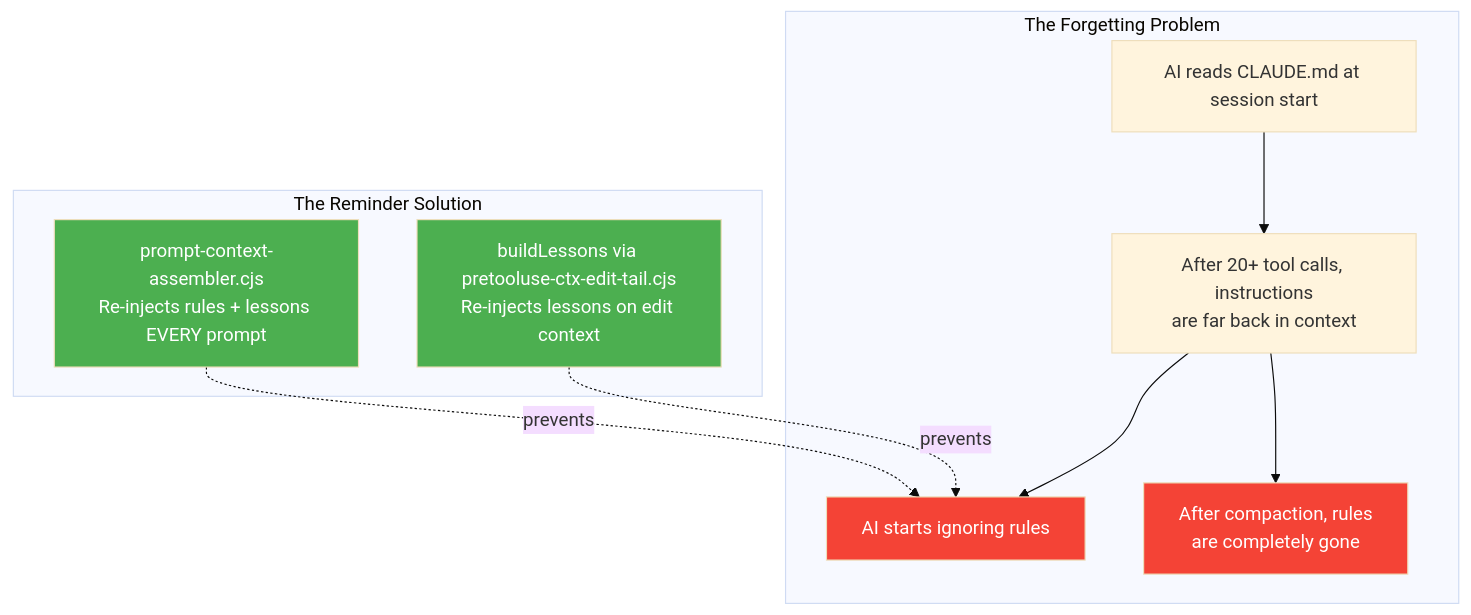
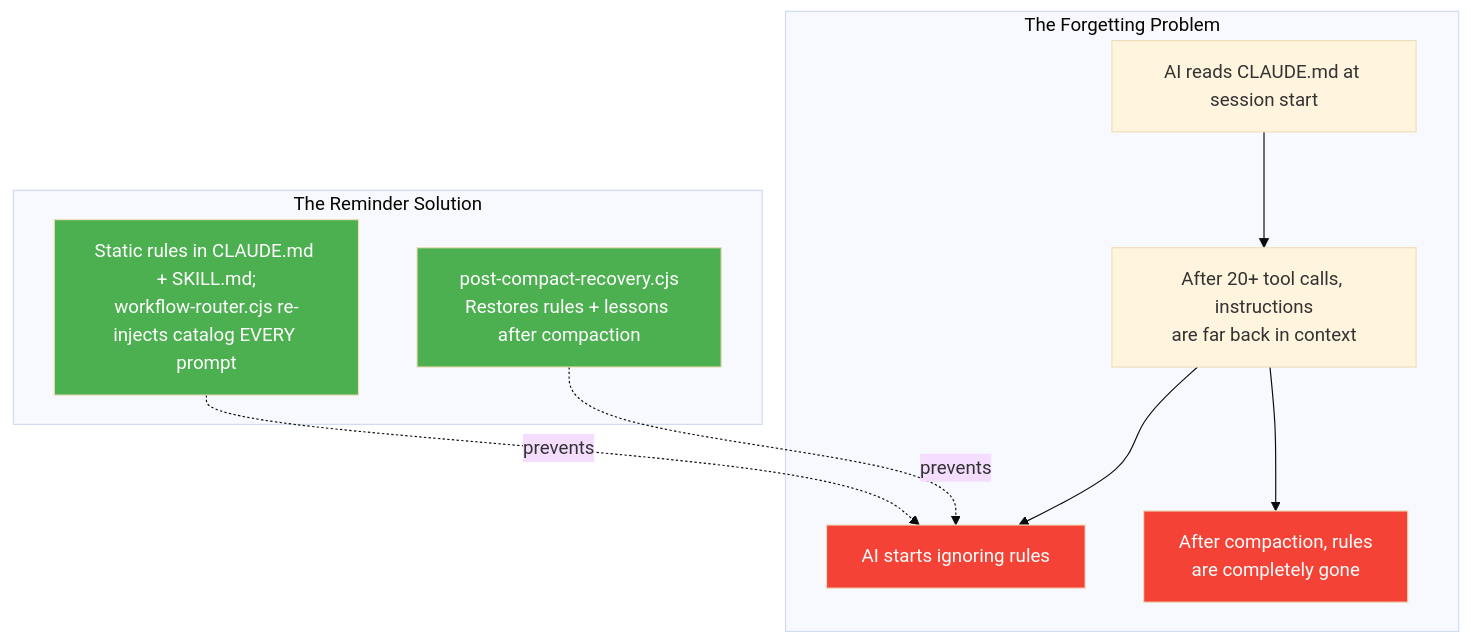
Before and after one commit to duc01226/easy-claude: the tenth of 20 diagrams in .claude/docs/claude-ai-agent-framework-guide.md, drawn with Mermaid (base theme). The commit also changed other lines of this file and 43 other files, not shown here.

````diff
--- a/.claude/docs/claude-ai-agent-framework-guide.md
+++ b/.claude/docs/claude-ai-agent-framework-guide.md
@@ -1057,24 +1036,24 @@
 ```mermaid
 graph TB
     subgraph "The Forgetting Problem"
         F1[AI reads CLAUDE.md at session start]
         F2[After 20+ tool calls, instructions<br/>are far back in context]
         F3[AI starts ignoring rules]
         F4[After compaction, rules<br/>are completely gone]
     end
 
     subgraph "The Reminder Solution"
-        R1[prompt-context-assembler.cjs<br/>Re-injects rules + lessons EVERY prompt]
-        R2[buildLessons via pretooluse-ctx-edit-tail.cjs<br/>Re-injects lessons on edit context]
+        R1[Static rules in CLAUDE.md + SKILL.md;<br/>workflow-router.cjs re-injects catalog EVERY prompt]
+        R2[post-compact-recovery.cjs<br/>Restores rules + lessons after compaction]
     end
 
     F1 --> F2 --> F3
     F2 --> F4
     R1 -.->|prevents| F3
     R2 -.->|prevents| F3
 
     style F3 fill:#f44336,color:white
     style F4 fill:#f44336,color:white
     style R1 fill:#4CAF50,color:white
     style R2 fill:#4CAF50,color:white
 ```
````
